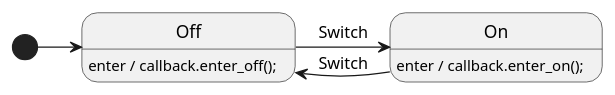
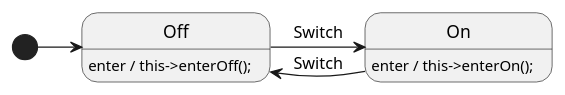
The diagram in docs/languages/cpp/Lightbulb.puml (StateSmith/StateSmith), drawn with PlantUML before and after one commit. The commit also changed 4 other files, not shown here.

```diff
--- a/docs/languages/cpp/Lightbulb.puml
+++ b/docs/languages/cpp/Lightbulb.puml
@@ -1,12 +1,12 @@
 @startuml
 [*] -> Off
 Off -> On : Switch
 On -> Off : Switch
 
 ' Use actions to call functions on various triggers, 
 ' such as entering or exiting a state.
 ' You can call these functions whatever you want.
 ' You will define these functions in your app.
-Off: enter / callback.enter_off();
-On: enter / callback.enter_on();
+Off: enter / this->enterOff();
+On: enter / this->enterOn();
 @enduml
```
